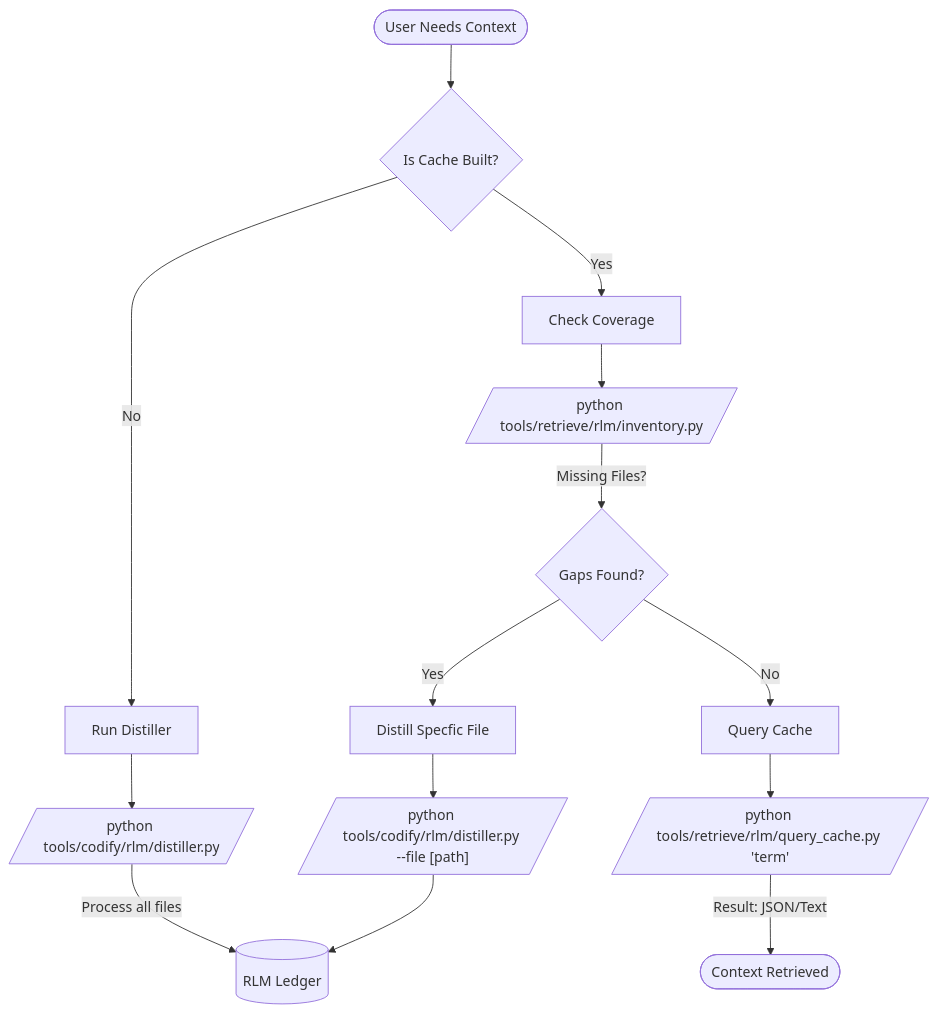
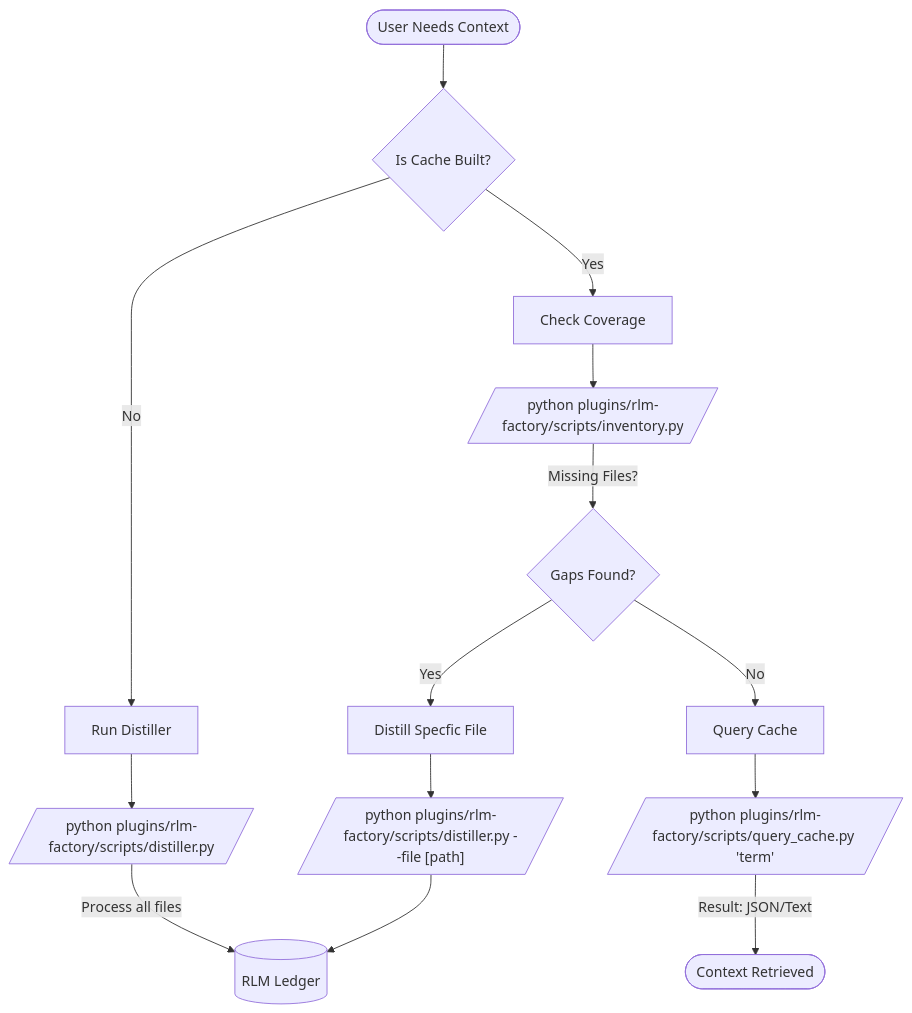
One commit to richfrem/InvestmentToolkit changed the diagram in plugins/rlm-factory/docs/workflow.mmd. Above: the diagram before and after it, drawn with Mermaid. The commit also changed 442 other files, not shown here.

```diff
--- a/plugins/rlm-factory/docs/workflow.mmd
+++ b/plugins/rlm-factory/docs/workflow.mmd
@@ -1,18 +1,18 @@
 flowchart TD
     Start([User Needs Context]) --> Check{Is Cache Built?}
     
     Check -- No --> Build[Run Distiller]
-    Build --> CmdBuild[/"python tools/codify/rlm/distiller.py"/]
+    Build --> CmdBuild[/"python plugins/rlm-factory/scripts/distiller.py"/]
     CmdBuild -- "Process all files" --> Cache[(RLM Ledger)]
     
     Check -- Yes --> Audit[Check Coverage]
-    Audit --> CmdAudit[/"python tools/retrieve/rlm/inventory.py"/]
+    Audit --> CmdAudit[/"python plugins/rlm-factory/scripts/inventory.py"/]
     CmdAudit -- "Missing Files?" --> Gaps{Gaps Found?}
     
     Gaps -- Yes --> Patch[Distill Specfic File]
-    Patch --> CmdPatch[/"python tools/codify/rlm/distiller.py --file [path]"/]
+    Patch --> CmdPatch[/"python plugins/rlm-factory/scripts/distiller.py --file [path]"/]
     CmdPatch --> Cache
     
     Gaps -- No --> Search[Query Cache]
-    Search --> CmdSearch[/"python tools/retrieve/rlm/query_cache.py 'term'"/]
+    Search --> CmdSearch[/"python plugins/rlm-factory/scripts/query_cache.py 'term'"/]
     CmdSearch -- "Result: JSON/Text" --> Result([Context Retrieved])
```
